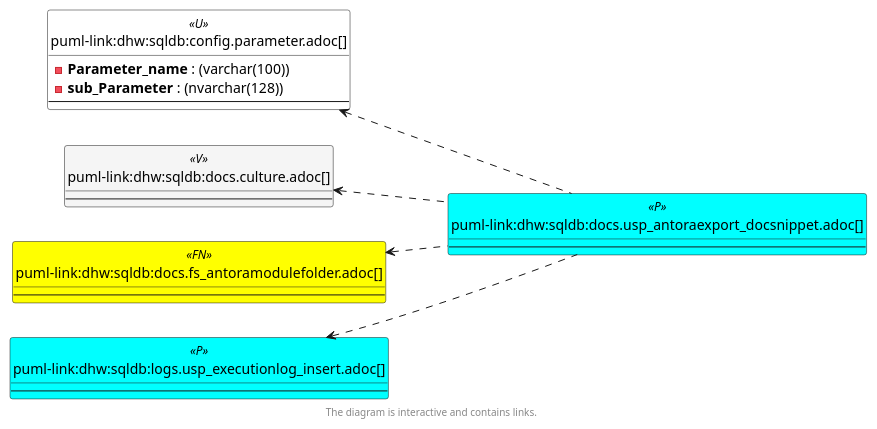
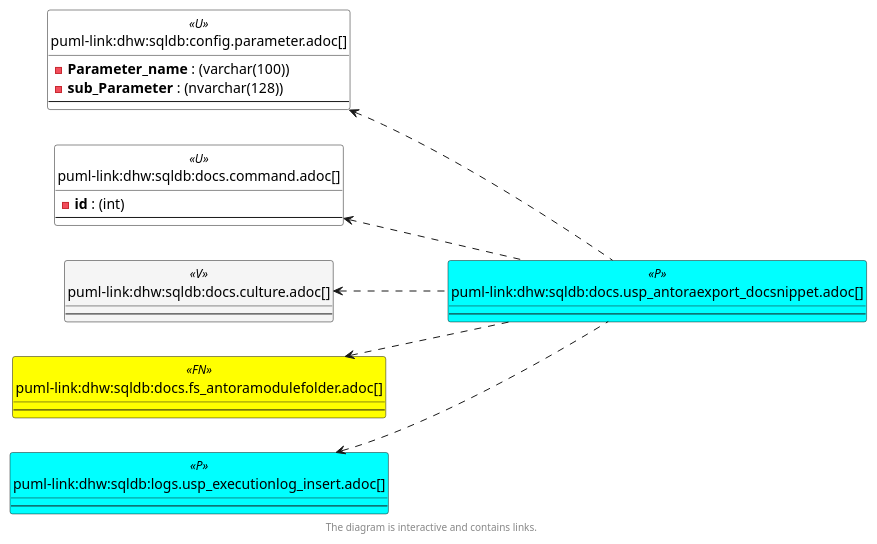
One commit to DataHandwerk/dhw-antora-sqldb changed the third of 6 diagrams in docs/modules/sqldb/partials/content/docs.usp_antoraexport_docsnippet.adoc. Above: the diagram before and after it, drawn with PlantUML. The commit also changed other lines of this file and 701 other files, not shown here.

```diff
--- a/docs/modules/sqldb/partials/content/docs.usp_antoraexport_docsnippet.adoc
+++ b/docs/modules/sqldb/partials/content/docs.usp_antoraexport_docsnippet.adoc
@@ -632,61 +638,67 @@
 [plantuml, entity_1_1_objectref-{docname}, svg, subs=macros]
 ....
 @startuml
 left to right direction
 'top to bottom direction
 hide circle
 'avoide "." issues:
 set namespaceSeparator none
 
 
 skinparam class {
   BackgroundColor White
   BackgroundColor<<FN>> Yellow
   BackgroundColor<<FS>> Yellow
   BackgroundColor<<FT>> LightGray
   BackgroundColor<<IF>> Yellow
   BackgroundColor<<IS>> Yellow
   BackgroundColor<<P>>  Aqua
   BackgroundColor<<PC>> Aqua
   BackgroundColor<<SN>> Yellow
   BackgroundColor<<SO>> SlateBlue
   BackgroundColor<<TF>> LightGray
   BackgroundColor<<TR>> Tomato
   BackgroundColor<<U>>  White
   BackgroundColor<<V>>  WhiteSmoke
   BackgroundColor<<X>>  Aqua
   BackgroundColor<<external>> AliceBlue
 }
 
 
 entity "puml-link:dhw:sqldb:config.parameter.adoc[]" as config.Parameter << U >> {
   - **Parameter_name** : (varchar(100))
   - **sub_Parameter** : (nvarchar(128))
   --
 }
 
+entity "puml-link:dhw:sqldb:docs.command.adoc[]" as docs.command << U >> {
+  - **id** : (int)
+  --
+}
+
 entity "puml-link:dhw:sqldb:docs.culture.adoc[]" as docs.Culture << V >> {
   --
 }
 
 entity "puml-link:dhw:sqldb:docs.fs_antoramodulefolder.adoc[]" as docs.fs_AntoraModuleFolder << FN >> {
   --
 }
 
 entity "puml-link:dhw:sqldb:docs.usp_antoraexport_docsnippet.adoc[]" as docs.usp_AntoraExport_DocSnippet << P >> {
   --
 }
 
 entity "puml-link:dhw:sqldb:logs.usp_executionlog_insert.adoc[]" as logs.usp_ExecutionLog_insert << P >> {
   --
 }
 
 config.Parameter <.. docs.usp_AntoraExport_DocSnippet
+docs.command <.. docs.usp_AntoraExport_DocSnippet
 docs.Culture <.. docs.usp_AntoraExport_DocSnippet
 docs.fs_AntoraModuleFolder <.. docs.usp_AntoraExport_DocSnippet
 logs.usp_ExecutionLog_insert <.. docs.usp_AntoraExport_DocSnippet
 
 footer The diagram is interactive and contains links.
 
 @enduml
 ....
```
